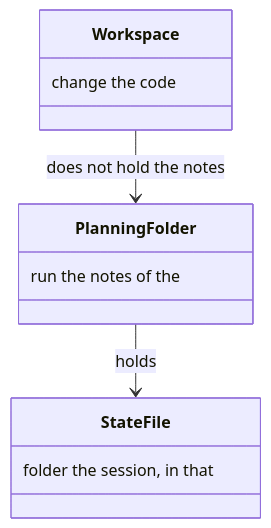
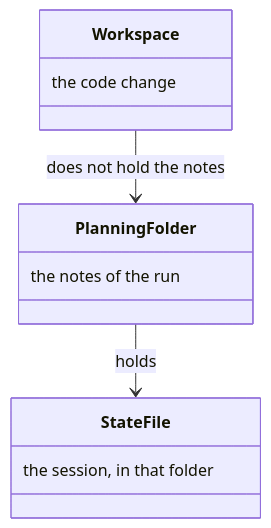
Diagram 30 of 36 in docs/state.md (m2ux/workflow-server), drawn with Mermaid before and after one commit. The commit also changed other lines of this file and 10 other files, not shown here.

Commit message:
Write each class-box note in reading order so the diagram shows the phrase as written.

````diff
--- a/docs/state.md
+++ b/docs/state.md
@@ -546,14 +546,14 @@
 ```mermaid
 classDiagram
   class Workspace {
-    change the code
+    the code change
   }
   class PlanningFolder {
-    run the notes of the
+    the notes of the run
   }
   class StateFile {
-    folder the session, in that
+    the session, in that folder
   }
   PlanningFolder --> StateFile : holds
   Workspace --> PlanningFolder : does not hold the notes
 ```
````
